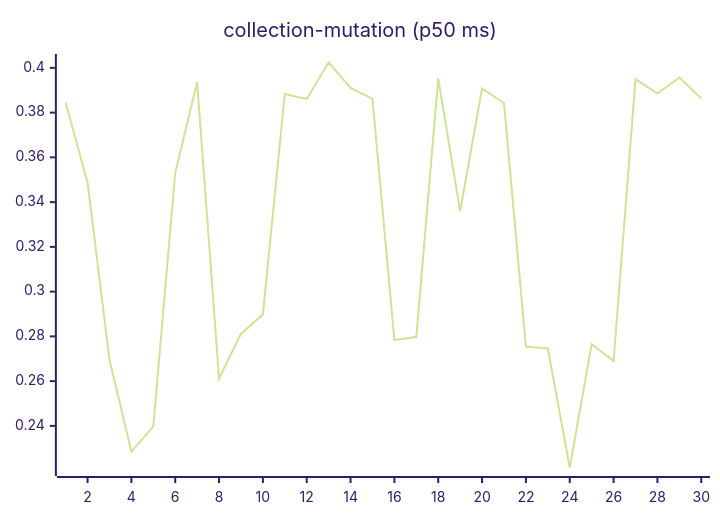
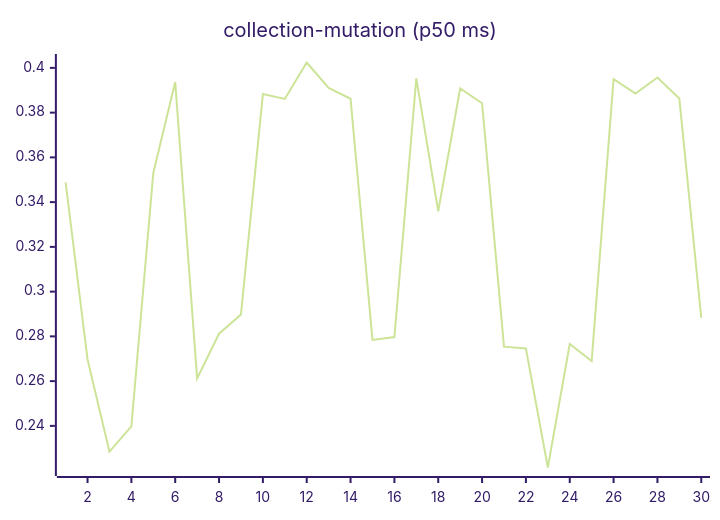
Before and after one commit to josha/Facet: the sixth of 27 diagrams in README.md, drawn with Mermaid (forest theme). The commit also changed other lines of this file and 2 other files, not shown here.

````diff
--- a/README.md
+++ b/README.md
@@ -98,6 +98,6 @@
 ```mermaid
 xychart-beta
     title "collection-mutation (p50 ms)"
     x-axis 1 --> 30
-    line [0.3845, 0.3488, 0.2697, 0.2285, 0.2398, 0.3530, 0.3937, 0.2612, 0.2812, 0.2898, 0.3883, 0.3861, 0.4024, 0.3910, 0.3862, 0.2784, 0.2797, 0.3953, 0.3359, 0.3908, 0.3842, 0.2754, 0.2746, 0.2214, 0.2766, 0.2690, 0.3950, 0.3885, 0.3957, 0.3863]
+    line [0.3488, 0.2697, 0.2285, 0.2398, 0.3530, 0.3937, 0.2612, 0.2812, 0.2898, 0.3883, 0.3861, 0.4024, 0.3910, 0.3862, 0.2784, 0.2797, 0.3953, 0.3359, 0.3908, 0.3842, 0.2754, 0.2746, 0.2214, 0.2766, 0.2690, 0.3950, 0.3885, 0.3957, 0.3863, 0.2883]
 ```
````
